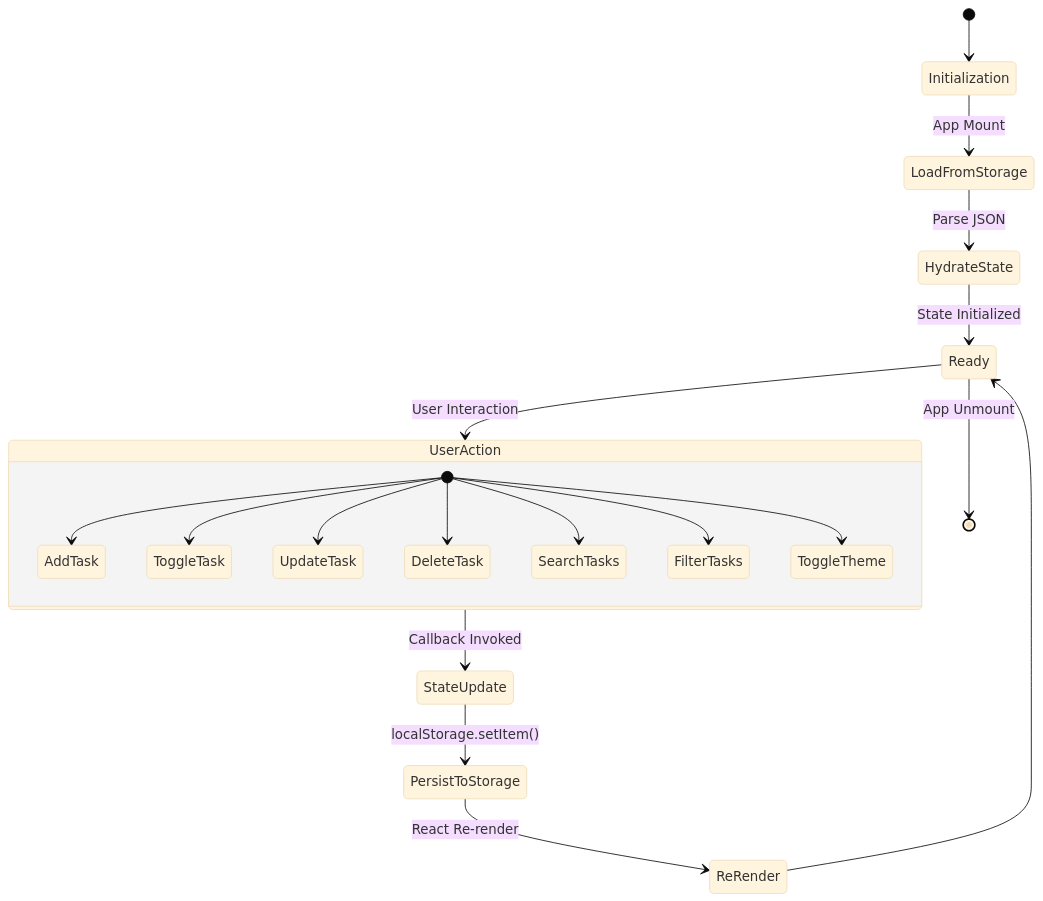
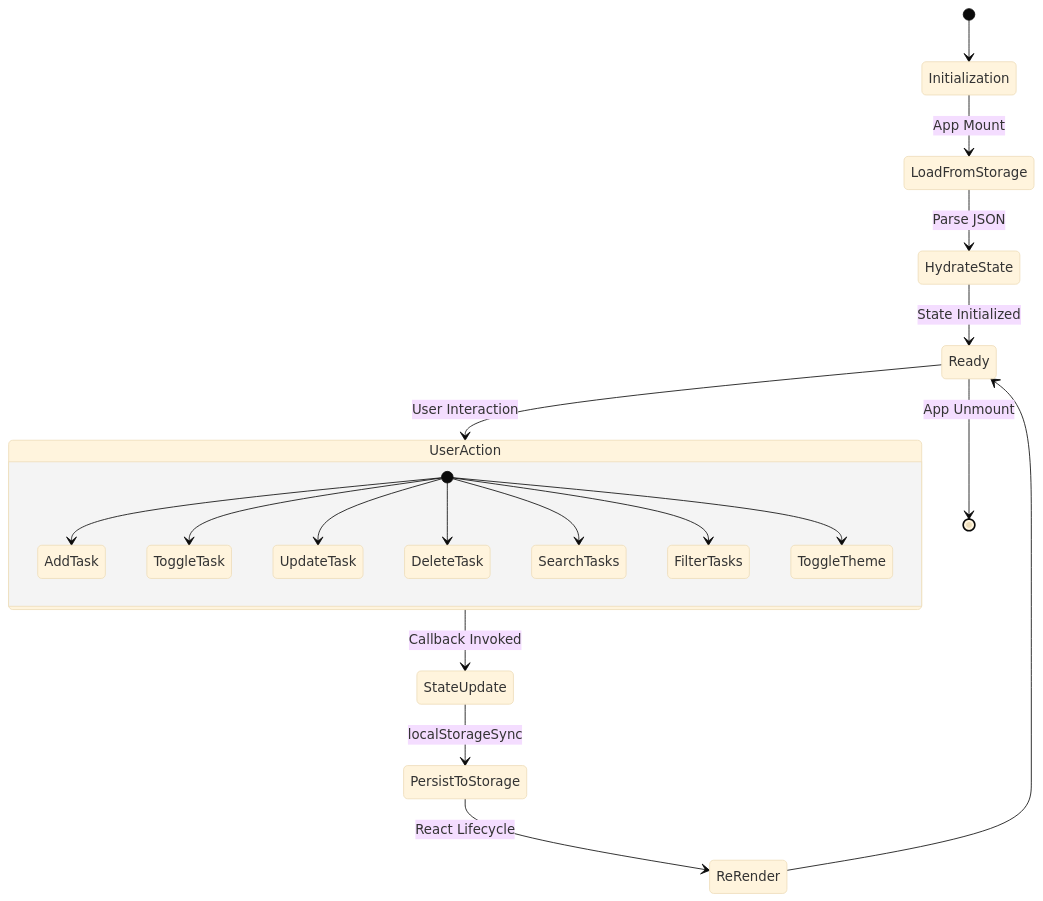
One commit to Gringo2/zero-task changed the third of 6 diagrams in docs/ARCHITECTURE.md. Above: the diagram before and after it, drawn with Mermaid (base theme). The commit also changed other lines of this file and 5 other files, not shown here.

````diff
--- a/docs/ARCHITECTURE.md
+++ b/docs/ARCHITECTURE.md
@@ -81,27 +91,27 @@
 ```mermaid
 stateDiagram-v2
     [*] --> Initialization
     
     Initialization --> LoadFromStorage: App Mount
     LoadFromStorage --> HydrateState: Parse JSON
     HydrateState --> Ready: State Initialized
     
     Ready --> UserAction: User Interaction
     
     state UserAction {
         [*] --> AddTask
         [*] --> ToggleTask
         [*] --> UpdateTask
         [*] --> DeleteTask
         [*] --> SearchTasks
         [*] --> FilterTasks
         [*] --> ToggleTheme
     }
     
     UserAction --> StateUpdate: Callback Invoked
-    StateUpdate --> PersistToStorage: localStorage.setItem()
-    PersistToStorage --> ReRender: React Re-render
+    StateUpdate --> PersistToStorage: localStorageSync
+    PersistToStorage --> ReRender: React Lifecycle
     ReRender --> Ready
     
     Ready --> [*]: App Unmount
 ```
````
